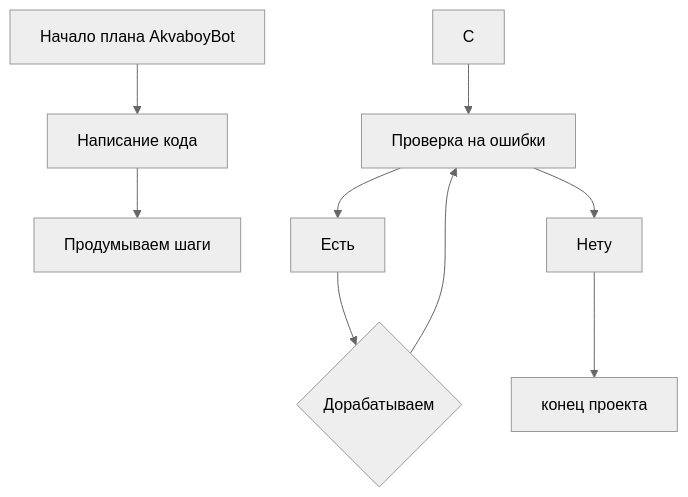
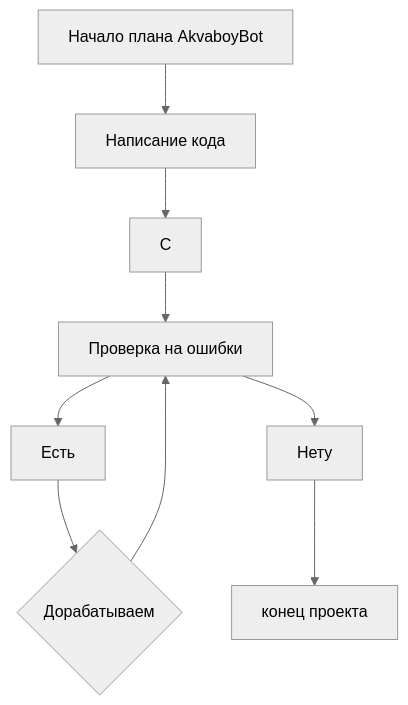
One commit to oypkobd/oypkobd changed the diagram in README.md. Above: the diagram before and after it, drawn with Mermaid (neutral theme).

````diff
--- a/README.md
+++ b/README.md
@@ -14,9 +14,9 @@
 ```mermaid
 flowchart TD
   A[Начало плана AkvaboyBot] --> B[Написание кода];
-  B --> С[Продумываем шаги];
+  B --> 
   C --> D[Проверка на ошибки];
   D --> Есть --> F{Дорабатываем};
   F ---> D;
   D --> Нету --> G[конец проекта];
 ```
````
